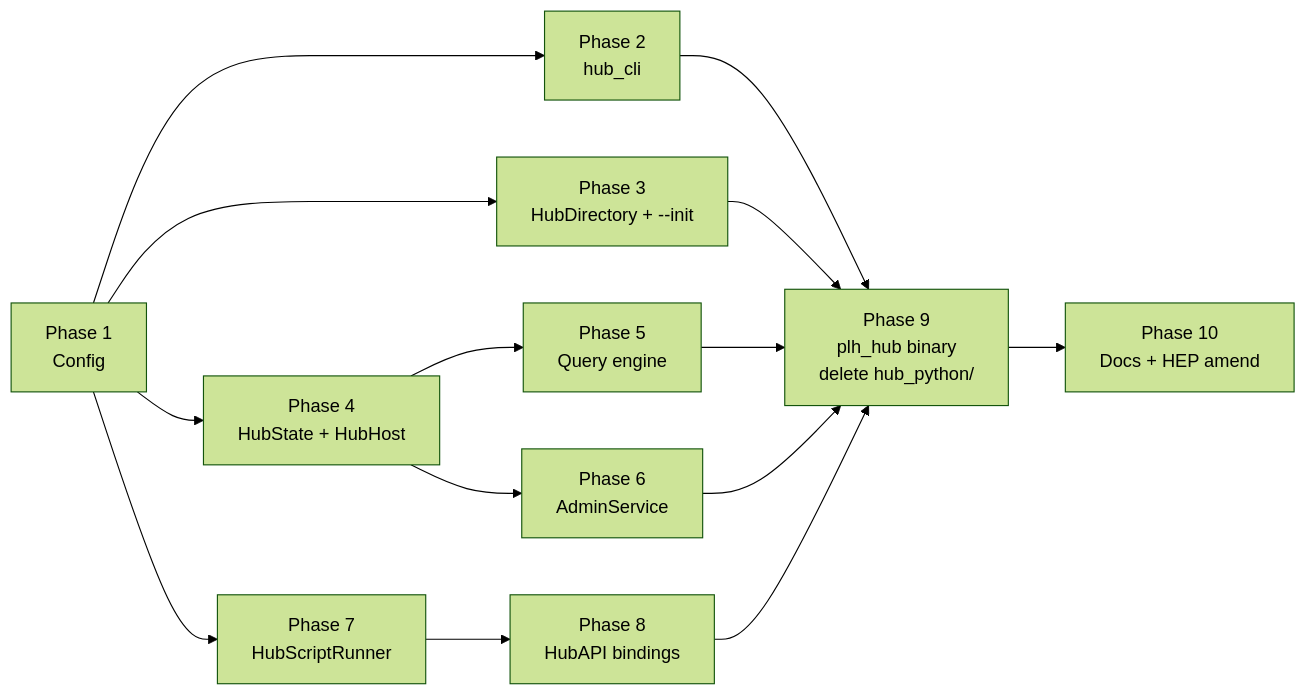
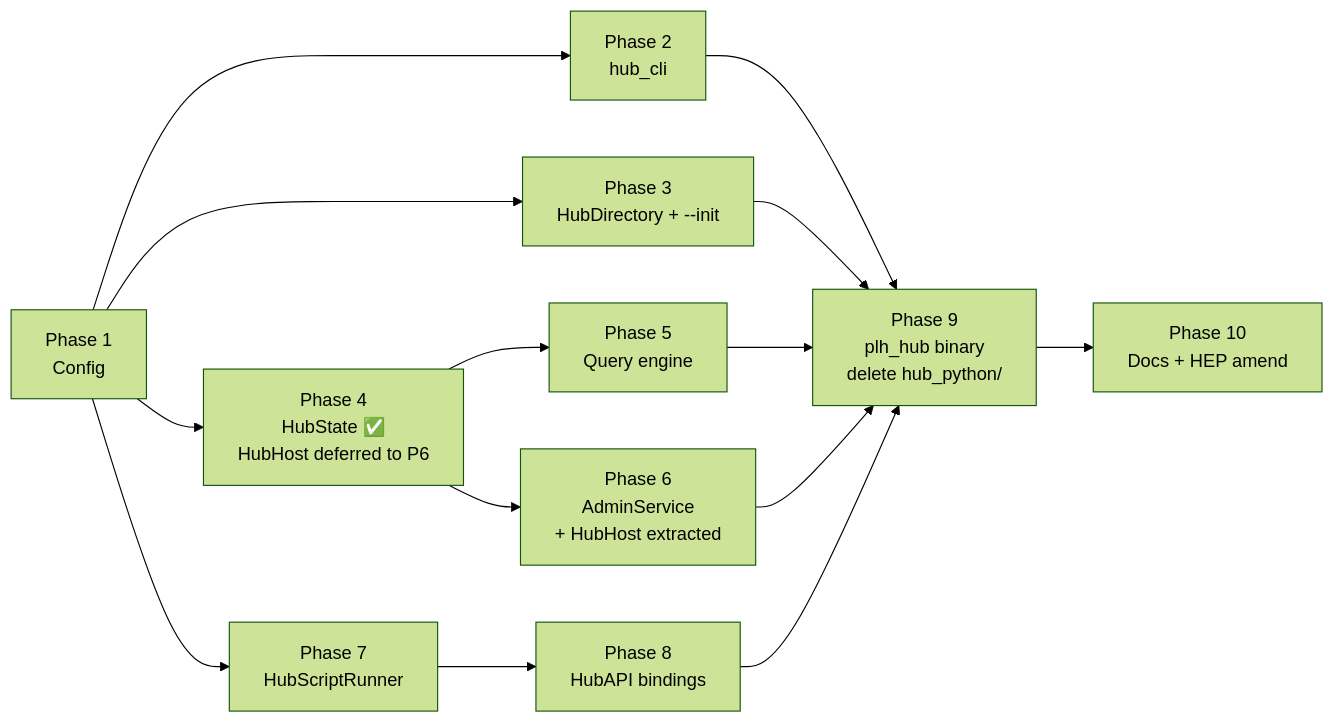
Before and after one commit to Qing-LAB/pylabhub: the eighth of 8 diagrams in docs/HEP/HEP-CORE-0033-Hub-Character.md, drawn with Mermaid (forest theme). The commit also changed other lines of this file and 1 other file, not shown here.

First line of the commit message:
docs(HEP-0033): defer HubHost class to Phase 6; HubState (Phase 4) marked done

````diff
--- a/docs/HEP/HEP-CORE-0033-Hub-Character.md
+++ b/docs/HEP/HEP-CORE-0033-Hub-Character.md
@@ -865,27 +878,27 @@
 ```mermaid
 graph LR
     P1[Phase 1<br/>Config]
     P2[Phase 2<br/>hub_cli]
     P3[Phase 3<br/>HubDirectory + --init]
-    P4[Phase 4<br/>HubState + HubHost]
+    P4[Phase 4<br/>HubState ✅<br/>HubHost deferred to P6]
     P5[Phase 5<br/>Query engine]
-    P6[Phase 6<br/>AdminService]
+    P6[Phase 6<br/>AdminService<br/>+ HubHost extracted]
     P7[Phase 7<br/>HubScriptRunner]
     P8[Phase 8<br/>HubAPI bindings]
     P9[Phase 9<br/>plh_hub binary<br/>delete hub_python/]
     P10[Phase 10<br/>Docs + HEP amend]
 
     P1 --> P2
     P1 --> P3
     P1 --> P4
     P4 --> P5
     P4 --> P6
     P1 --> P7
     P7 --> P8
     P2 --> P9
     P3 --> P9
     P5 --> P9
     P6 --> P9
     P8 --> P9
     P9 --> P10
 ```
````
